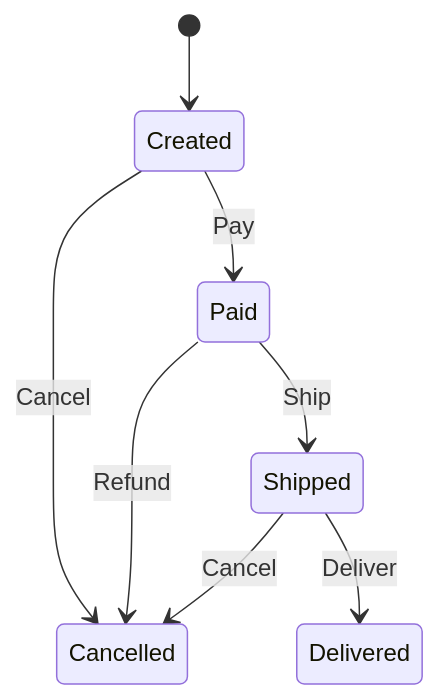
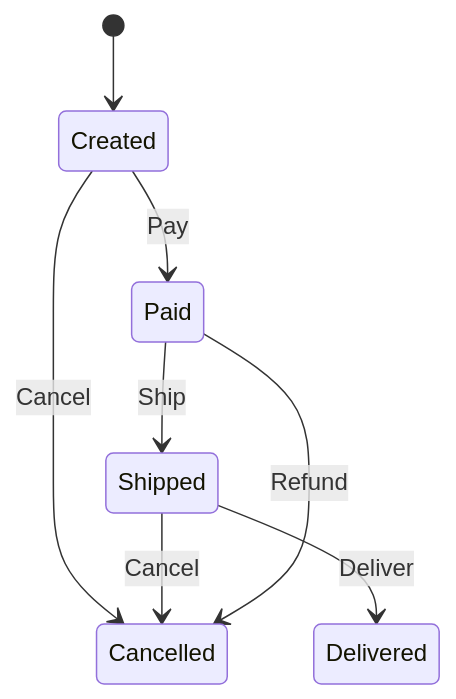
One commit to kookyleo/yasm changed the diagram in examples/docs/order_state_machine.mermaid. Above: the diagram before and after it, drawn with Mermaid. The commit also changed other lines of this file and 7 other files, not shown here.

```diff
--- a/examples/docs/order_state_machine.mermaid
+++ b/examples/docs/order_state_machine.mermaid
@@ -1,8 +1,8 @@
 stateDiagram-v2
     [*] --> Created
+    Created --> Paid : Pay
     Created --> Cancelled : Cancel
     Paid --> Shipped : Ship
-    Created --> Paid : Pay
+    Shipped --> Cancelled : Cancel
+    Shipped --> Delivered : Deliver
     Paid --> Cancelled : Refund
-    Shipped --> Delivered : Deliver
-    Shipped --> Cancelled : Cancel
```
